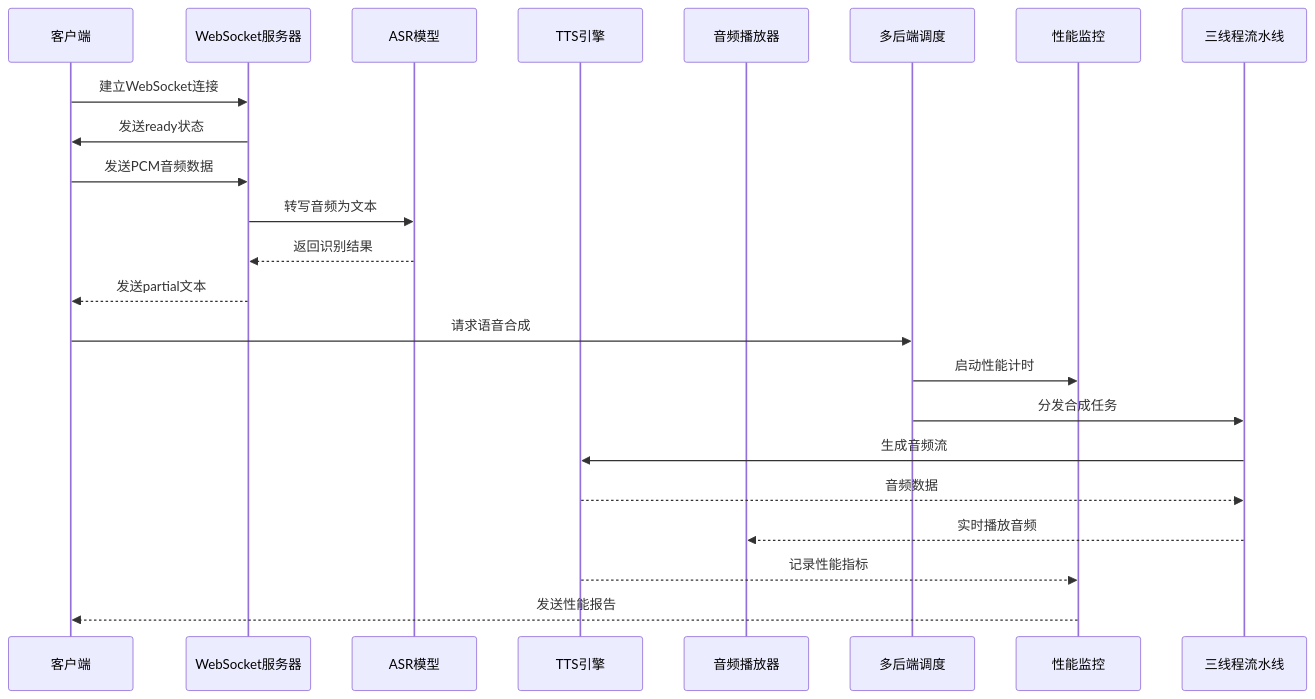
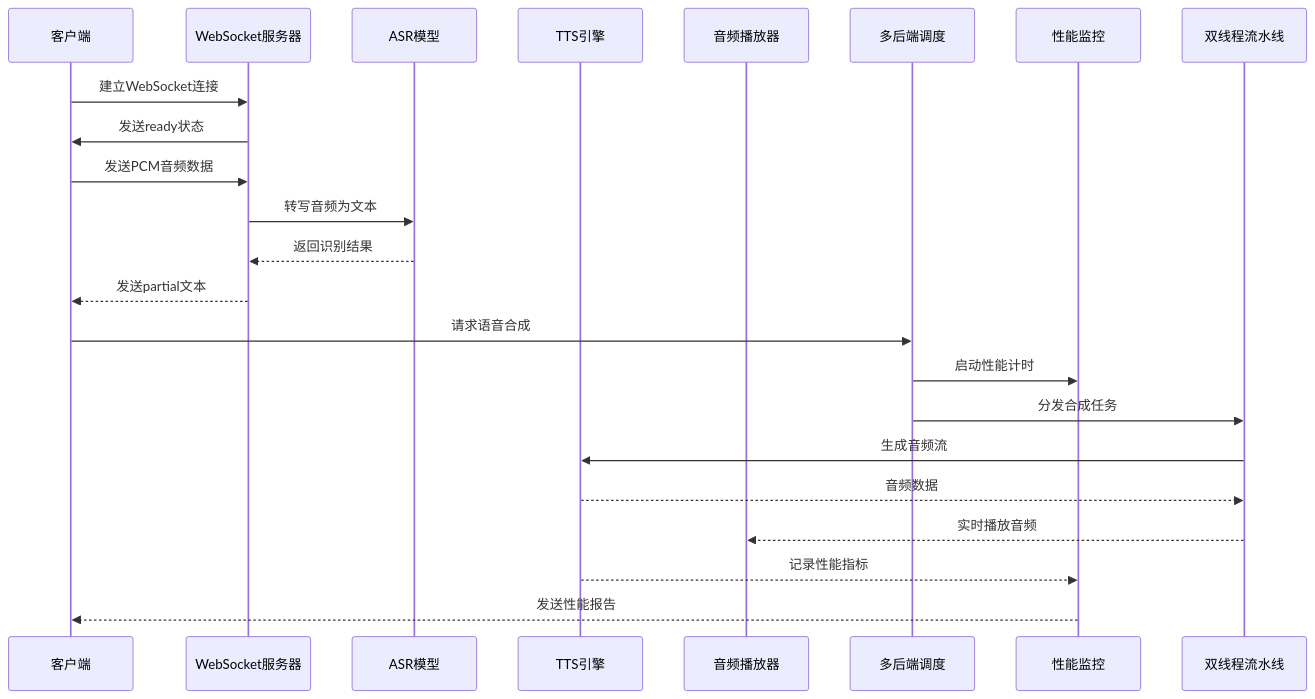
The third of 13 diagrams in .qoder/repowiki/zh/content/语音合成服务/实时TTS合成.md (1024dashen/Vue3Speech), drawn with Mermaid before and after one commit. The commit also changed other lines of this file and 13 other files, not shown here.

````diff
--- a/.qoder/repowiki/zh/content/语音合成服务/实时TTS合成.md
+++ b/.qoder/repowiki/zh/content/语音合成服务/实时TTS合成.md
@@ -194,25 +188,25 @@
 ```mermaid
 sequenceDiagram
 participant Client as 客户端
 participant WebSocket as WebSocket服务器
 participant ASR as ASR模型
 participant TTS as TTS引擎
 participant Audio as 音频播放器
 participant Backend as 多后端调度
 participant Monitor as 性能监控
-participant Threads as 三线程流水线
+participant Threads as 双线程流水线
 Client->>WebSocket : 建立WebSocket连接
 WebSocket->>Client : 发送ready状态
 Client->>WebSocket : 发送PCM音频数据
 WebSocket->>ASR : 转写音频为文本
 ASR-->>WebSocket : 返回识别结果
 WebSocket-->>Client : 发送partial文本
 Client->>Backend : 请求语音合成
 Backend->>Monitor : 启动性能计时
 Backend->>Threads : 分发合成任务
 Threads->>TTS : 生成音频流
 TTS-->>Threads : 音频数据
 Threads-->>Audio : 实时播放音频
 TTS-->>Monitor : 记录性能指标
 Monitor-->>Client : 发送性能报告
 ```
````
